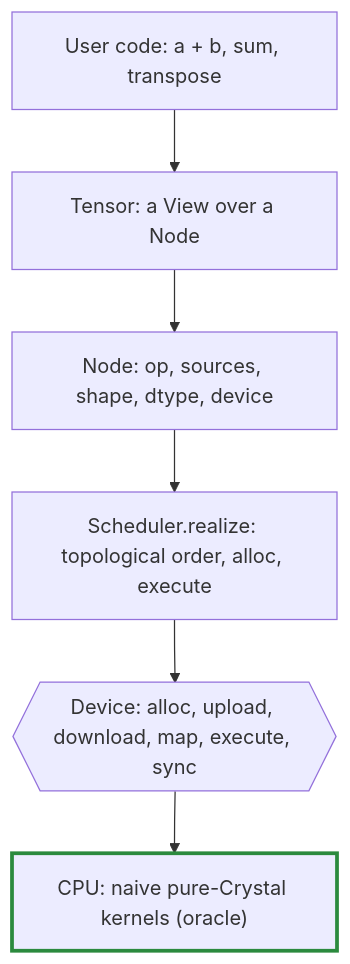
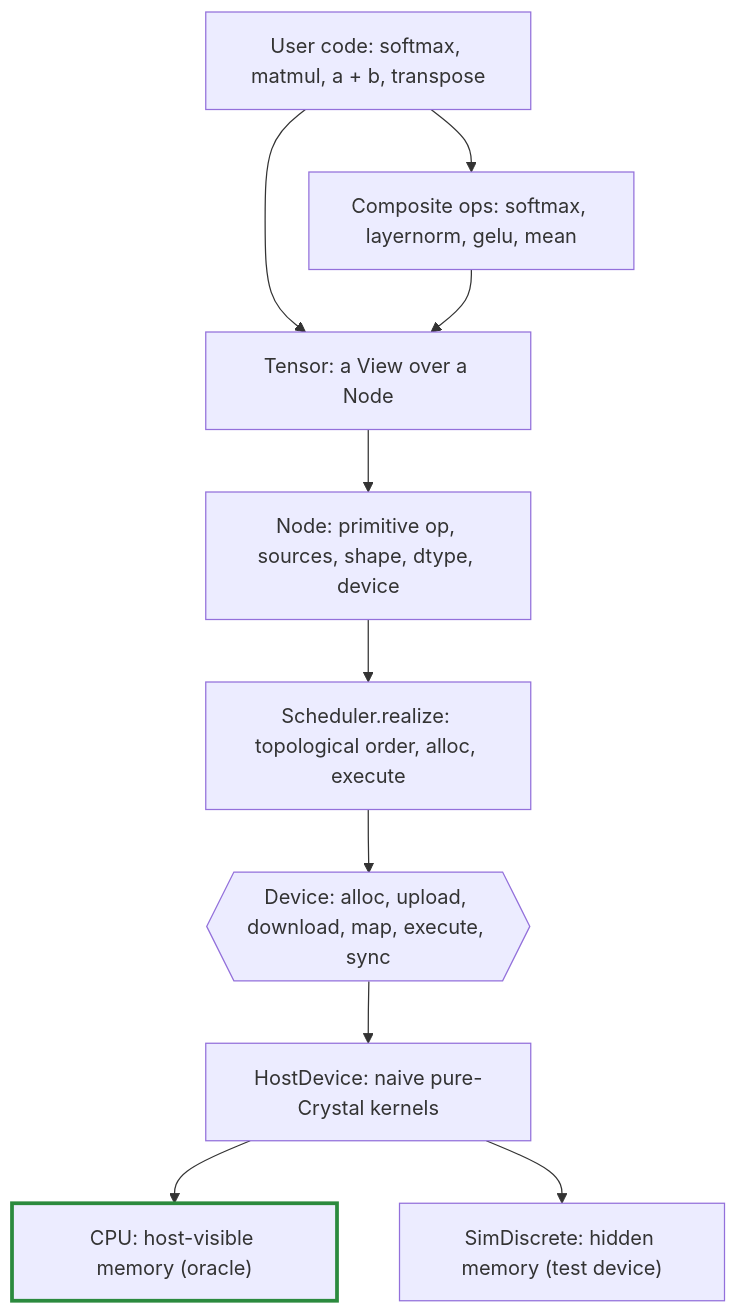
One commit to nogginly/tensomite.cr changed the first of 12 diagrams in DESIGN.md. Above: the diagram before and after it, drawn with Mermaid. The commit also changed other lines of this file and 23 other files, not shown here.

First line of the commit message:
M2: CPU op set and SimDiscrete (#4)

````diff
--- a/DESIGN.md
+++ b/DESIGN.md
@@ -9,9 +9,13 @@
 ```mermaid
 flowchart TD
-    User["User code: a + b, sum, transpose"] --> Tensor["Tensor: a View over a Node"]
-    Tensor --> Node["Node: op, sources, shape, dtype, device"]
+    User["User code: softmax, matmul, a + b, transpose"] --> Comp["Composite ops: softmax, layernorm, gelu, mean"]
+    User --> Tensor
+    Comp --> Tensor["Tensor: a View over a Node"]
+    Tensor --> Node["Node: primitive op, sources, shape, dtype, device"]
     Node --> Sched["Scheduler.realize: topological order, alloc, execute"]
     Sched --> Iface{{"Device: alloc, upload, download, map, execute, sync"}}
-    Iface --> CPU["CPU: naive pure-Crystal kernels (oracle)"]
+    Iface --> Host["HostDevice: naive pure-Crystal kernels"]
+    Host --> CPU["CPU: host-visible memory (oracle)"]
+    Host --> Sim["SimDiscrete: hidden memory (test device)"]
     style CPU stroke:#2b8a3e,stroke-width:3px
 ```
````
